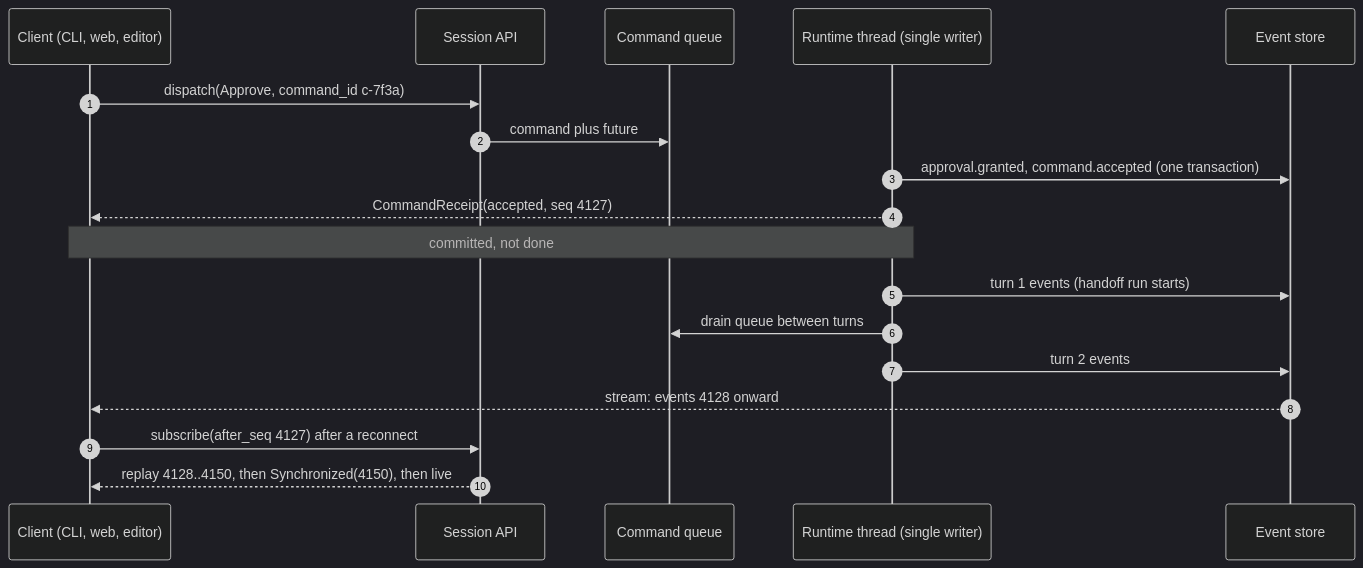
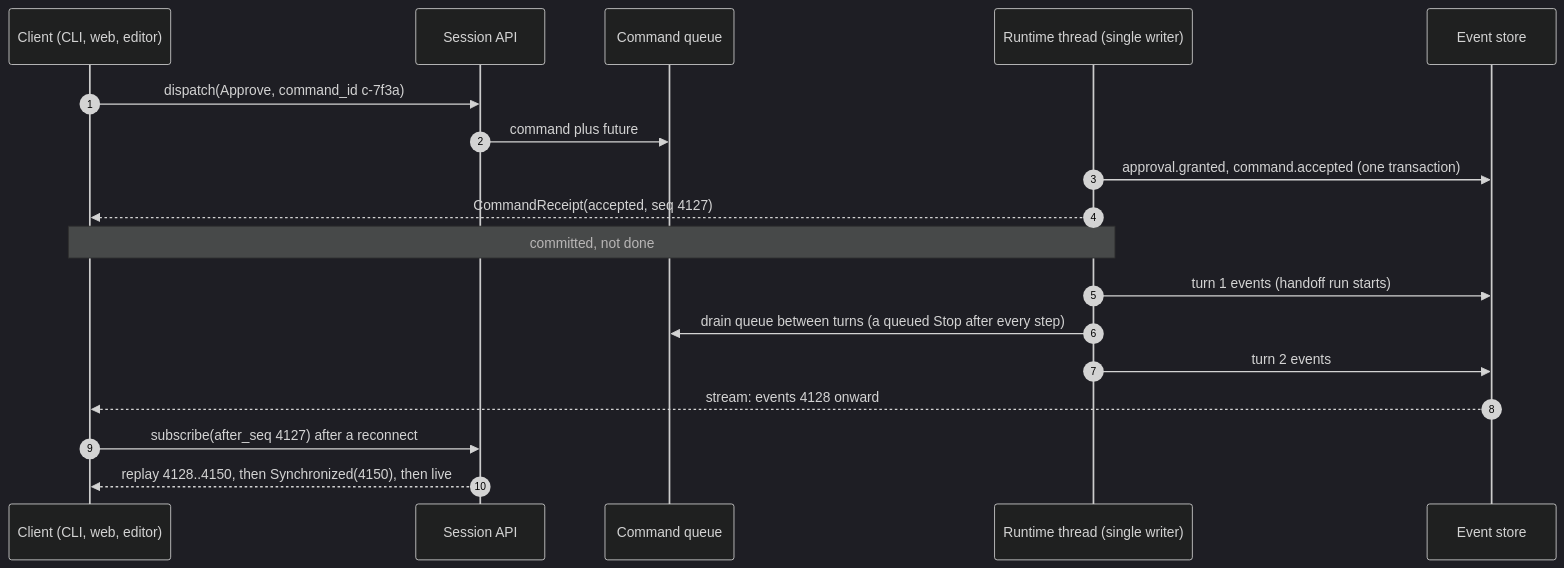
One commit to SaiiPittu/aksha changed the diagram in docs/design/adr/ADR-P19-session-api.md. Above: the diagram before and after it, drawn with Mermaid (dark theme). The commit also changed other lines of this file and 18 other files, not shown here.

````diff
--- a/docs/design/adr/ADR-P19-session-api.md
+++ b/docs/design/adr/ADR-P19-session-api.md
@@ -58,20 +58,20 @@
 ```mermaid
 sequenceDiagram
   autonumber
   participant C as Client (CLI, web, editor)
   participant S as Session API
   participant Q as Command queue
   participant RT as Runtime thread (single writer)
   participant ES as Event store
   C->>S: dispatch(Approve, command_id c-7f3a)
   S->>Q: command plus future
   RT->>ES: approval.granted, command.accepted (one transaction)
   RT-->>C: CommandReceipt(accepted, seq 4127)
   Note over C,RT: committed, not done
   RT->>ES: turn 1 events (handoff run starts)
-  RT->>Q: drain queue between turns
+  RT->>Q: drain queue between turns (a queued Stop after every step)
   RT->>ES: turn 2 events
   ES-->>C: stream: events 4128 onward
   C->>S: subscribe(after_seq 4127) after a reconnect
   S-->>C: replay 4128..4150, then Synchronized(4150), then live
 ```
````
